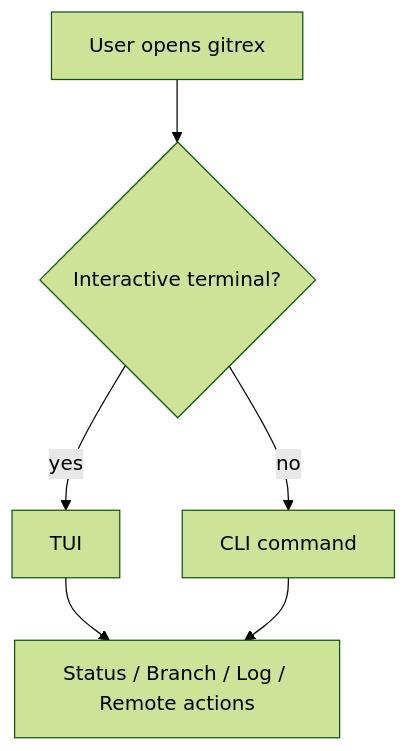
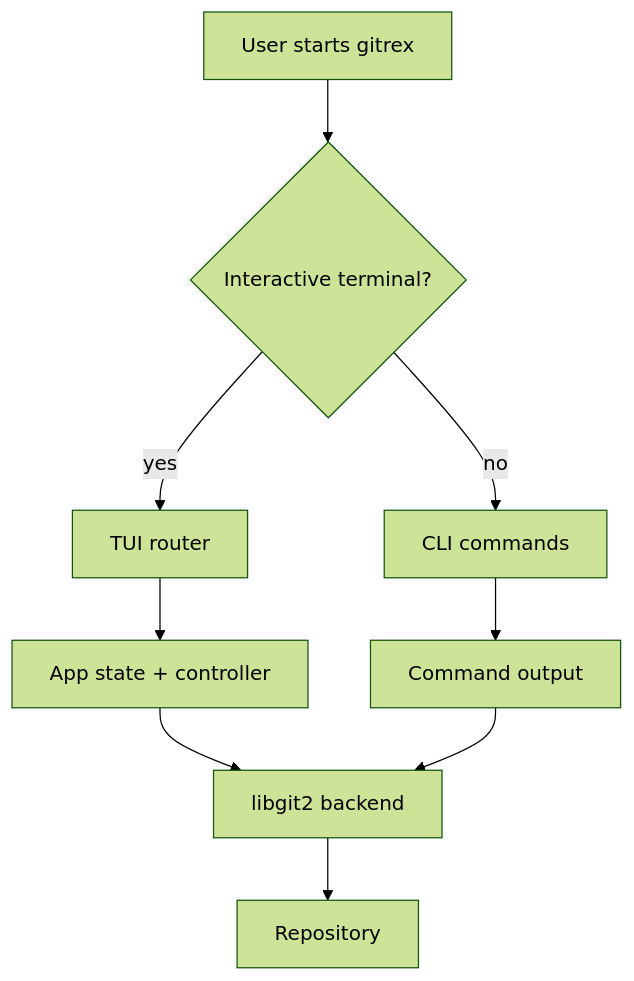
The first of 3 diagrams in README.md (MarcosAlves90/gitrex), drawn with Mermaid (forest theme) before and after one commit. The commit also changed other lines of this file and 20 other files, not shown here.

````diff
--- a/README.md
+++ b/README.md
@@ -119,8 +52,11 @@
 ```mermaid
 flowchart TD
-  A[User opens gitrex] --> B{Interactive terminal?}
-  B -- yes --> C[TUI]
-  B -- no --> D[CLI command]
-  C --> E[Status / Branch / Log / Remote actions]
-  D --> E
+  A[User starts gitrex] --> B{Interactive terminal?}
+  B -- yes --> C[TUI router]
+  B -- no --> D[CLI commands]
+  C --> E[App state + controller]
+  D --> F[Command output]
+  E --> G[libgit2 backend]
+  F --> G
+  G --> H[Repository]
 ```
````
